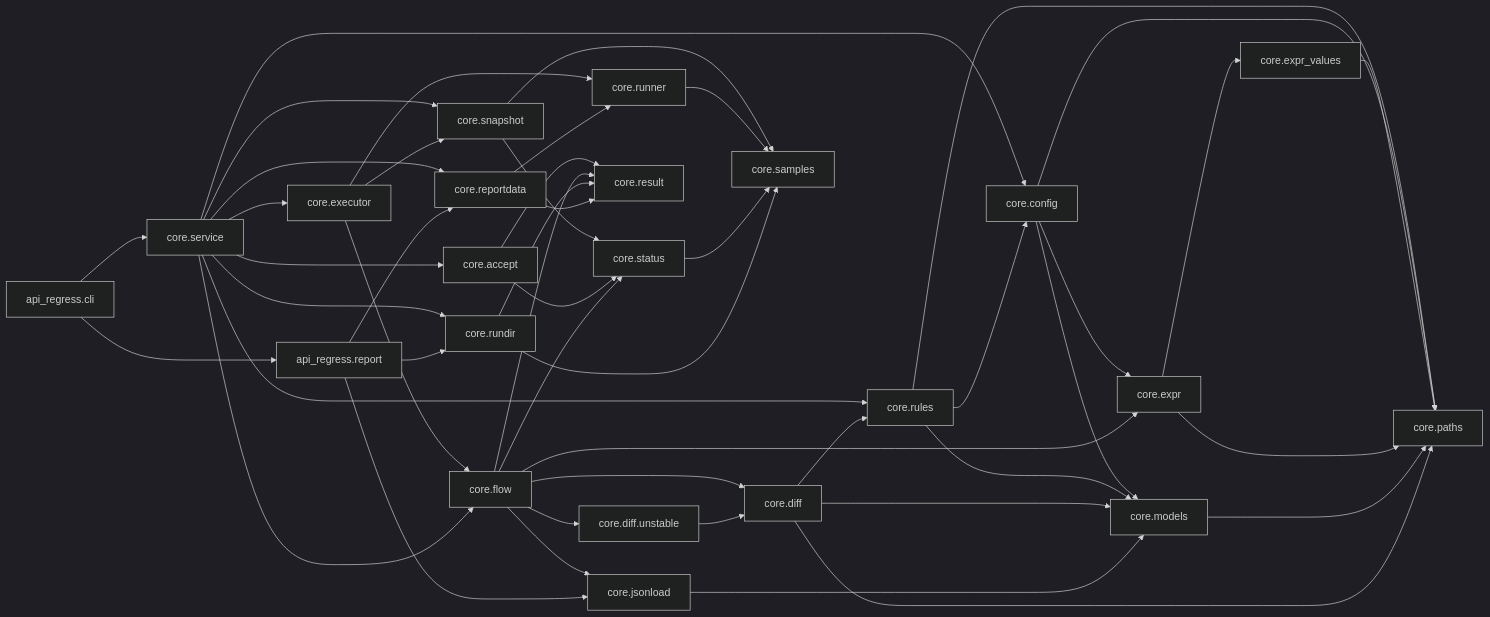
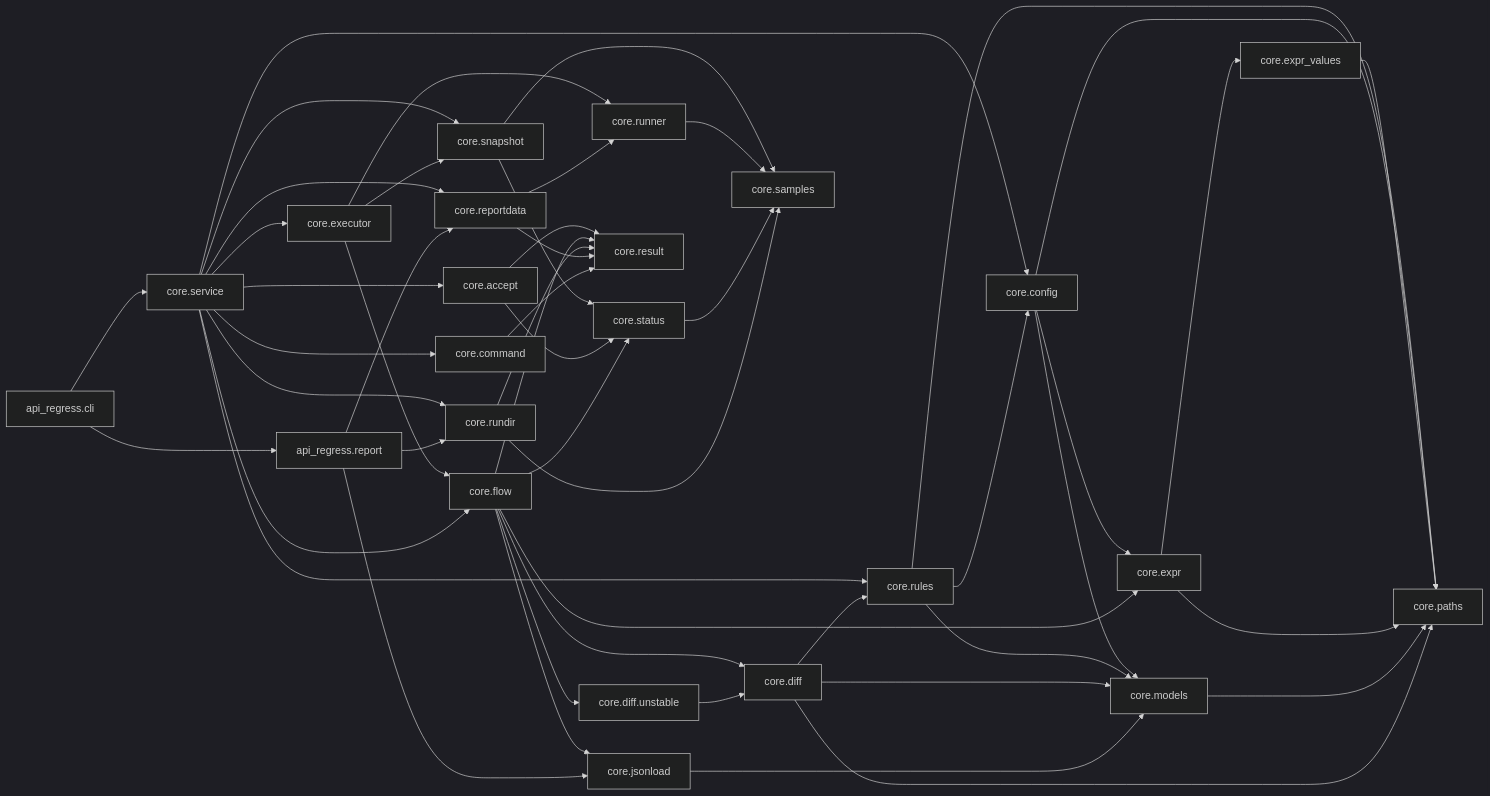
The first of 5 diagrams in doc/dev/architecture.md (caiuswang/api-regress), drawn with Mermaid (dark theme) before and after one commit. The commit also changed other lines of this file and 4 other files, not shown here.

````diff
--- a/doc/dev/architecture.md
+++ b/doc/dev/architecture.md
@@ -8,50 +8,52 @@
 ```mermaid
 flowchart LR
   CLI[api_regress.cli] --> SVC[core.service]
   SVC --> CFG[core.config]
   SVC --> RULES[core.rules]
   RULES --> CFG
   RULES --> PATHS[core.paths]
   CFG --> PATHS
   CFG --> EXPR[core.expr]
   EXPR --> EXPRV[core.expr_values]
   EXPRV --> PATHS
   EXPR --> PATHS
   CFG --> MODELS[core.models]
   RULES --> MODELS
   MODELS --> PATHS
   DIFF[core.diff] --> RULES
   DIFF --> MODELS
   DIFF --> PATHS
   JSONLOAD[core.jsonload] --> MODELS
   SVC --> EXEC[core.executor]
   EXEC --> RUNNER[core.runner]
   EXEC --> FLOW[core.flow]
   SVC --> FLOW
   SVC --> RUNDIR[core.rundir]
   SVC --> SNAP[core.snapshot]
   SVC --> ACCEPT[core.accept]
   EXEC --> SNAP
   SNAP --> SAMPLES
   SNAP --> STATUS
   ACCEPT --> RESULT
   ACCEPT --> STATUS
   FLOW --> STATUS[core.status]
   FLOW --> DIFF
   FLOW --> UNSTABLE[core.diff.unstable]
   FLOW --> JSONLOAD
   FLOW --> EXPR
   FLOW --> RESULT[core.result]
   UNSTABLE --> DIFF
   RUNNER --> SAMPLES[core.samples]
   STATUS --> SAMPLES
   RUNDIR --> SAMPLES
   RUNDIR --> RESULT
   SVC --> RDATA[core.reportdata]
   RDATA --> RUNNER
   RDATA --> RESULT
+  SVC --> CMD[core.command]
+  CMD --> RESULT
   CLI --> REPORT[api_regress.report]
   REPORT --> RDATA
   REPORT --> JSONLOAD
   REPORT --> RUNDIR
 ```
````
